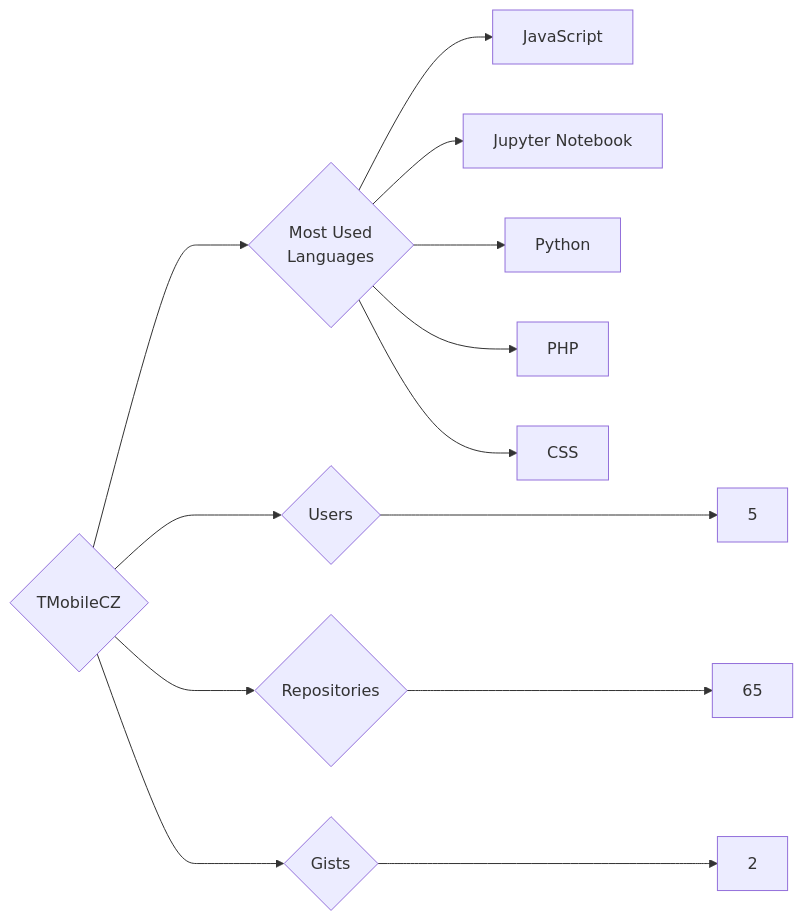
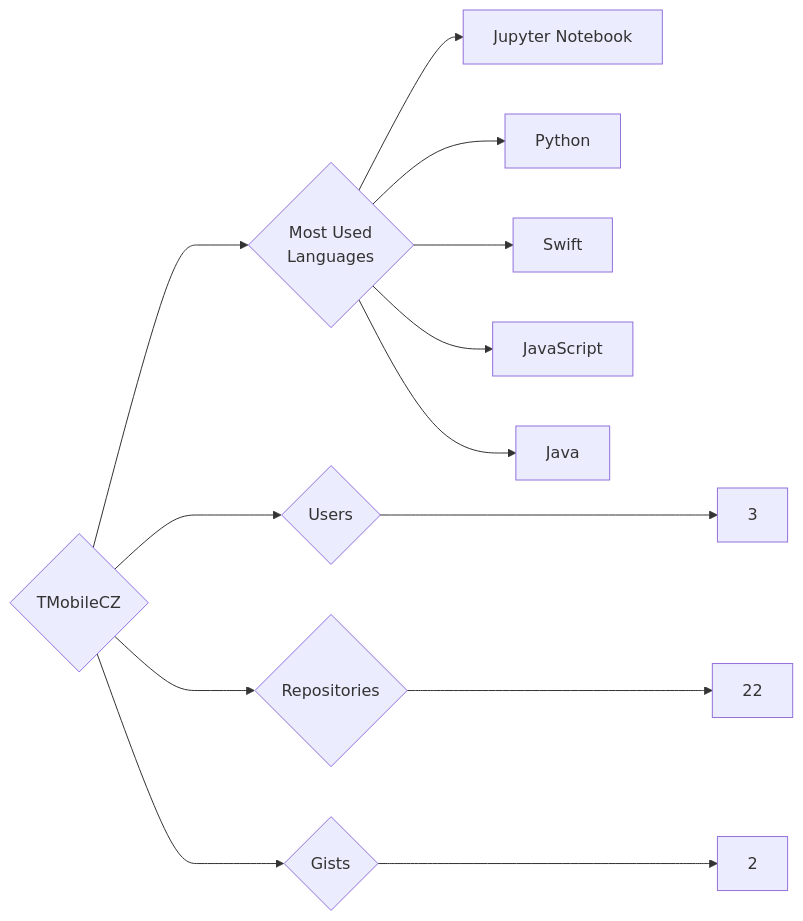
The diagram in targets/TMobileCZ/README.md (trickest/insiders), drawn with Mermaid before and after one commit. The commit also changed 1496 other files, not shown here.

````diff
--- a/targets/TMobileCZ/README.md
+++ b/targets/TMobileCZ/README.md
@@ -3,13 +3,13 @@
 ```mermaid
 graph LR
 COMPANY_NAME{TMobileCZ}
-COMPANY_NAME ---> U{Users} ---> UN[5]
-COMPANY_NAME ---> R{Repositories} ---> RN[65]
+COMPANY_NAME ---> U{Users} ---> UN[3]
+COMPANY_NAME ---> R{Repositories} ---> RN[22]
 COMPANY_NAME ---> G{Gists} ---> GN[2]
 COMPANY_NAME ---> ML{Most Used<br>Languages}
-ML --> JavaScript[JavaScript]
 ML --> Jupyter_Notebook[Jupyter Notebook]
 ML --> Python[Python]
-ML --> PHP[PHP]
-ML --> CSS[CSS]
+ML --> Swift[Swift]
+ML --> JavaScript[JavaScript]
+ML --> Java[Java]
 ```
````
